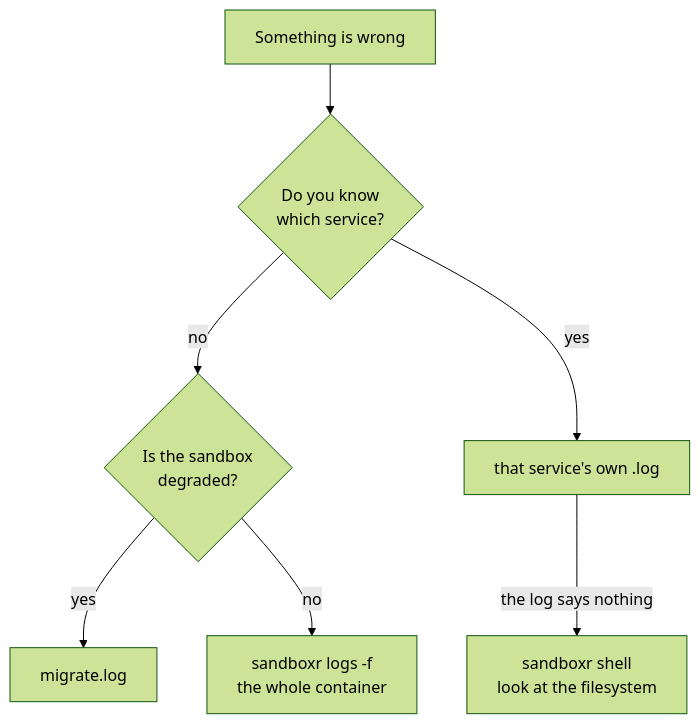
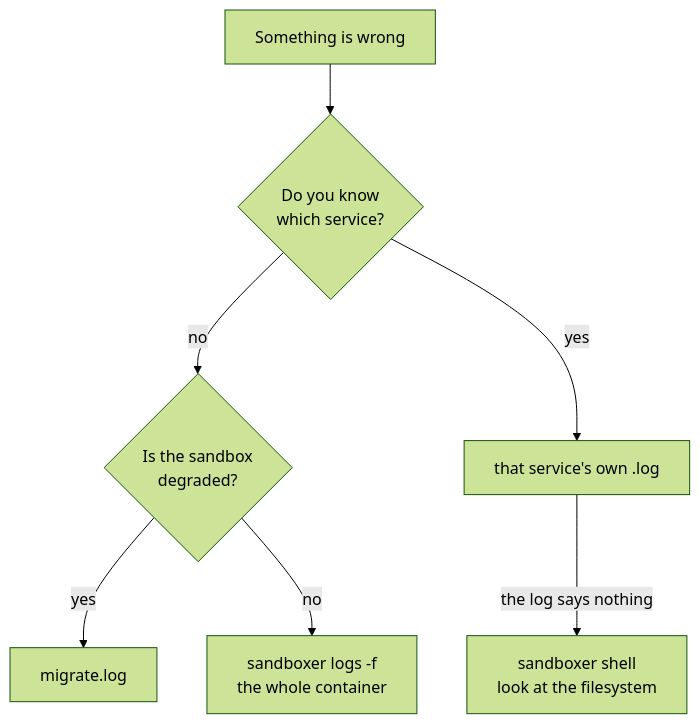
Before and after one commit to mattmoran56/sandboxer-core: the diagram in docs/guides/logs-and-shells.md, drawn with Mermaid (forest theme). The commit also changed other lines of this file and 215 other files, not shown here.

````diff
--- a/docs/guides/logs-and-shells.md
+++ b/docs/guides/logs-and-shells.md
@@ -175,16 +175,16 @@
 ```mermaid
 flowchart TB
   q["Something is wrong"]
   a{"Do you know<br/>which service?"}
   d{"Is the sandbox<br/>degraded?"}
   m["migrate.log"]
-  l["sandboxr logs -f<br/>the whole container"]
+  l["sandboxer logs -f<br/>the whole container"]
   s["that service's own .log"]
-  f["sandboxr shell<br/>look at the filesystem"]
+  f["sandboxer shell<br/>look at the filesystem"]
   q --> a
   a -->|no| d
   d -->|yes| m
   d -->|no| l
   a -->|yes| s
   s -->|"the log says nothing"| f
 ```
````
